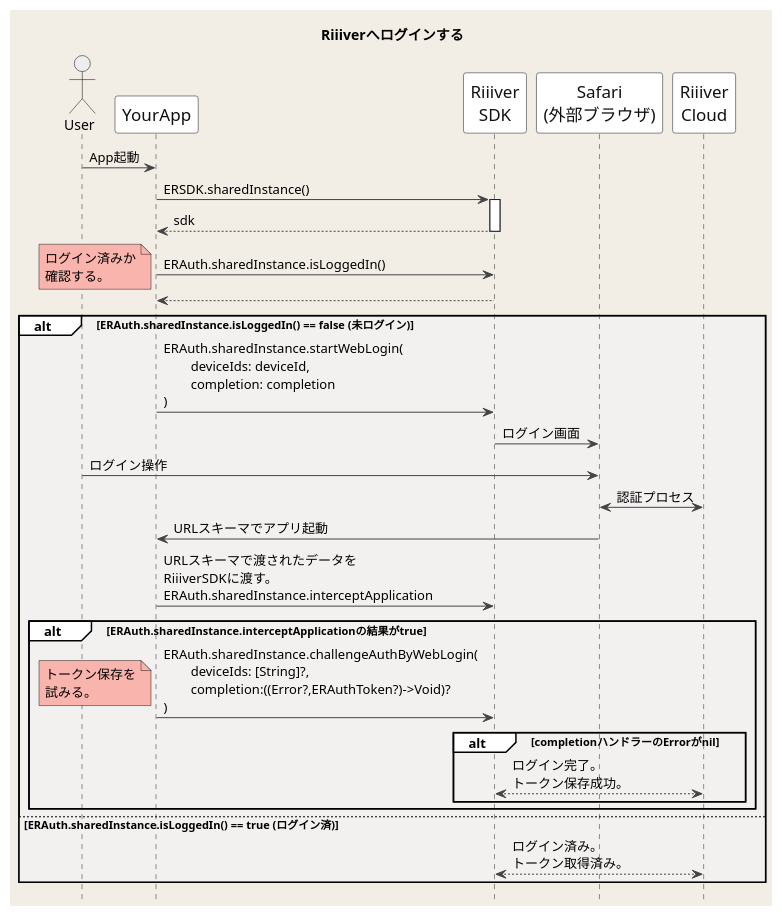
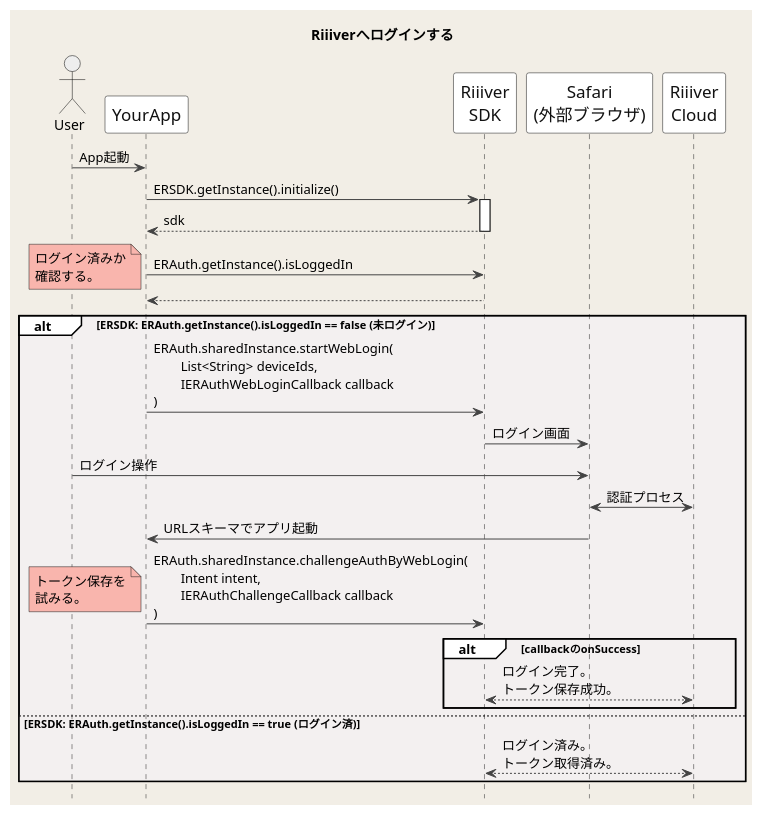
Before and after one commit to CitizenWatch/RiiiverResources: the diagram in images/Android/ja/Sequences/login.pu, drawn with PlantUML. The commit also changed 3 other files, not shown here.

Commit message:
Android版SDKのシーケンス図を修正

```diff
--- a/images/Android/ja/Sequences/login.pu
+++ b/images/Android/ja/Sequences/login.pu
@@ -1,71 +1,68 @@
 @startuml
 title Riiiverへログインする
 hide footbox
 
 skinparam DefaultFontName "Noto Sans JP, Helvetica, Arial, Liberation Sans"
 skinparam BackgroundColor #F2EEE6
 skinparam Shadowing false
 skinparam NoteBackgroundColor #F9B5AD
 skinparam NodeBorderColor #F26767
 
 skinparam sequence {
 ArrowColor #444444
 ActorBorderColor Black
 LifeLineBorderColor #222222
 LifeLineBackgroundColor White
 BoxBorderColor #FFFFFF
 BoxBackgroundColor #F2fEf6
 GroupBackgroundColor #FFFFFF
 GroupBodyBackgroundColor #F3F0F0
 
 ParticipantBorderColor #111111
 ParticipantBackgroundColor White
 ParticipantFontSize 17
 ParticipantFontColor #111111
 BoundaryBorderColor Gray
 ActorBackgroundColor #eeeeee
 ActorFontColor Black
 
 }
 
 actor User
 participant YourApp as App
 participant "Riiiver\nSDK" as ERSDK
 participant "Safari\n(外部ブラウザ)" as Safari
 participant "Riiiver\nCloud" as Riiiver
 
 User -> App: App起動
 
-App -> ERSDK: ERSDK.sharedInstance()
+App -> ERSDK: ERSDK.getInstance().initialize()
 activate ERSDK
 App <-- ERSDK: sdk
 deactivate ERSDK
 
-App -> ERSDK: ERAuth.sharedInstance.isLoggedIn()
+App -> ERSDK: ERAuth.getInstance().isLoggedIn
 note left: ログイン済みか\n確認する。
 ERSDK --> App: 
 
-alt ERAuth.sharedInstance.isLoggedIn() == false (未ログイン)
-    App -> ERSDK: ERAuth.sharedInstance.startWebLogin(\n\tdeviceIds: deviceId,\n\tcompletion: completion\n)
+alt ERSDK: ERAuth.getInstance().isLoggedIn == false (未ログイン)
+    App -> ERSDK: ERAuth.sharedInstance.startWebLogin(\n\tList<String> deviceIds,\n\tIERAuthWebLoginCallback callback\n)
     ERSDK -> Safari: ログイン画面
     User -> Safari: ログイン操作
     Safari <-> Riiiver: 認証プロセス
     Safari -> App: URLスキーマでアプリ起動
-    App -> ERSDK: URLスキーマで渡されたデータを\nRiiiverSDKに渡す。\nERAuth.sharedInstance.interceptApplication
-    alt ERAuth.sharedInstance.interceptApplicationの結果がtrue
-        App -> ERSDK: ERAuth.sharedInstance.challengeAuthByWebLogin(\n\tdeviceIds: [String]?, \n\tcompletion:((Error?,ERAuthToken?)->Void)?\n)
-        note left: トークン保存を\n試みる。
-        alt completionハンドラーのErrorがnil
-            ERSDK <---> Riiiver: ログイン完了。\nトークン保存成功。 
-        end
+    App -> ERSDK: ERAuth.sharedInstance.challengeAuthByWebLogin(\n\tIntent intent,\n\tIERAuthChallengeCallback callback\n)
+    note left: トークン保存を\n試みる。
+    alt callbackのonSuccess
+        ERSDK <---> Riiiver: ログイン完了。\nトークン保存成功。 
     end
     
-else ERAuth.sharedInstance.isLoggedIn() == true (ログイン済)
+else ERSDK: ERAuth.getInstance().isLoggedIn == true (ログイン済)
     ERSDK <---> Riiiver: ログイン済み。\nトークン取得済み。
 end
 
 
 
 
 
 @enduml
```
